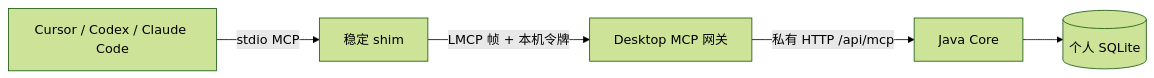
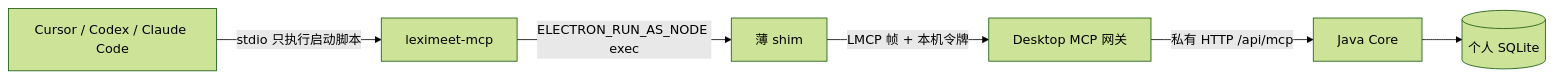
Before and after one commit to leximeet/leximeet-desktop: the diagram in docs/AI助手连接.md, drawn with Mermaid (forest theme). The commit also changed other lines of this file and 19 other files, not shown here.

````diff
--- a/docs/AI助手连接.md
+++ b/docs/AI助手连接.md
@@ -59,7 +63,8 @@
 ```mermaid
 flowchart LR
-  A[Cursor / Codex / Claude Code] -->|stdio MCP| S[稳定 shim]
+  A[Cursor / Codex / Claude Code] -->|stdio 只执行启动脚本| L[leximeet-mcp]
+  L -->|ELECTRON_RUN_AS_NODE exec| S[薄 shim]
   S -->|LMCP 帧 + 本机令牌| G[Desktop MCP 网关]
   G -->|私有 HTTP /api/mcp| C[Java Core]
   C --> D[(个人 SQLite)]
 ```
````
